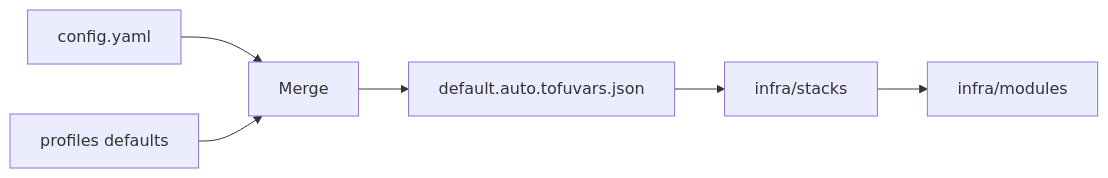
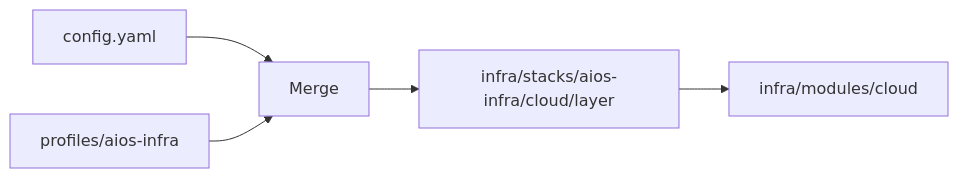
Before and after one commit to cipherops-io/rtifact-platform-installer: the diagram in docs/architecture.md, drawn with Mermaid. The commit also changed other lines of this file and 329 other files, not shown here.

First line of the commit message:
feat: multicloud aios-infra, rtifact CLI, and Azure BOQ-ready stacks

````diff
--- a/docs/architecture.md
+++ b/docs/architecture.md
@@ -5,14 +5,12 @@
 ```mermaid
 flowchart LR
   config[config.yaml]
-  profile[profiles defaults]
+  profile[profiles/aios-infra]
   merge[Merge]
-  tfvars[default.auto.tofuvars.json]
-  stack[infra/stacks]
-  modules[infra/modules]
+  stack[infra/stacks/aios-infra/cloud/layer]
+  modules[infra/modules/cloud]
   config --> merge
   profile --> merge
-  merge --> tfvars
-  tfvars --> stack
+  merge --> stack
   stack --> modules
 ```
````
